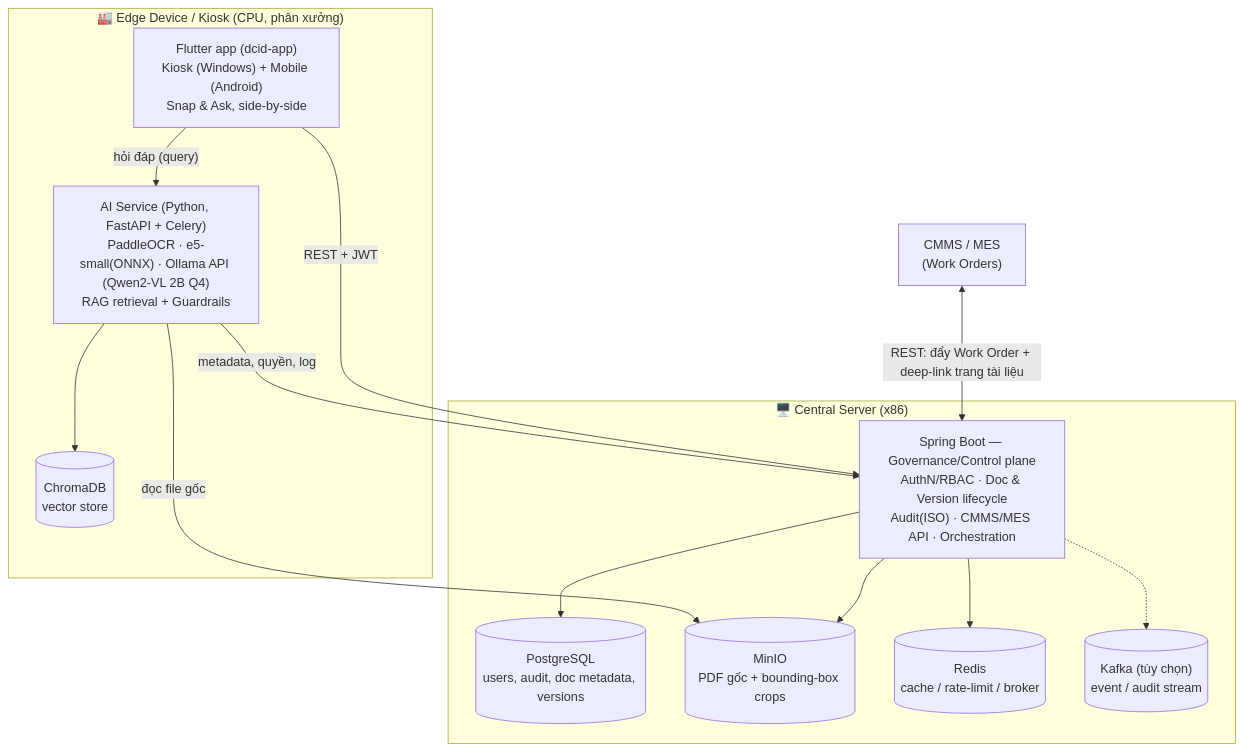
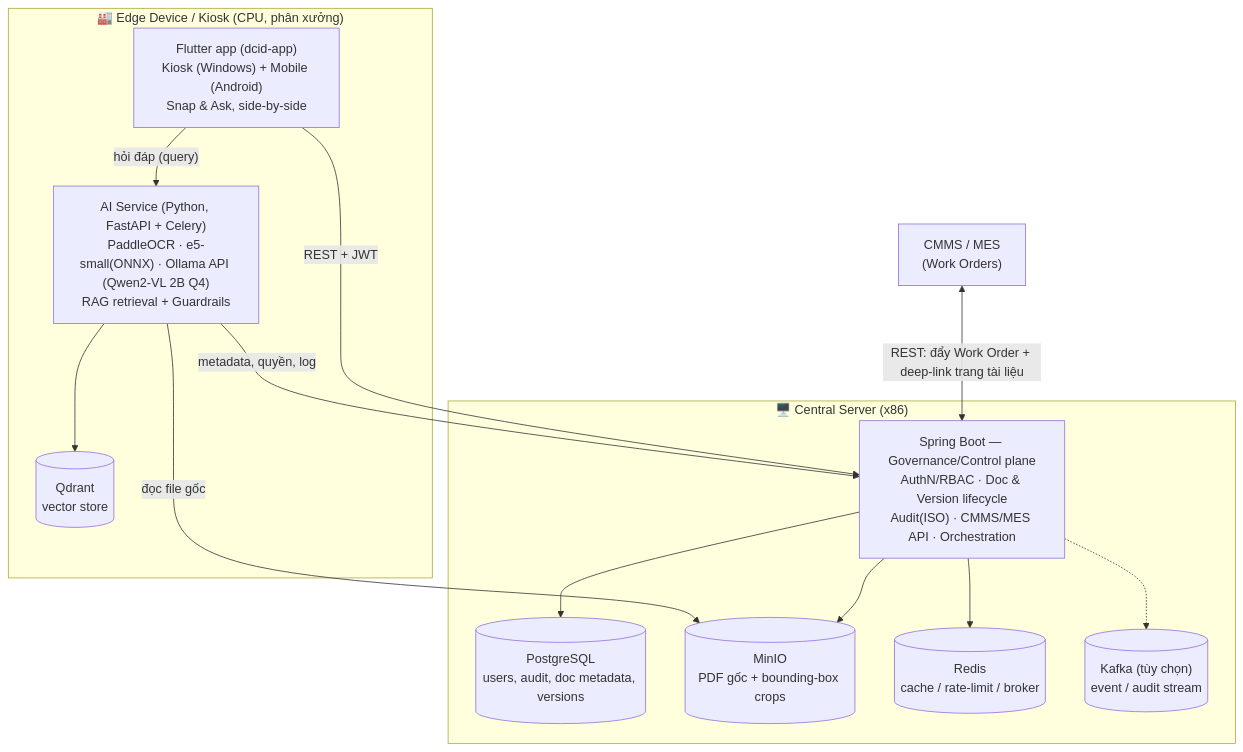
The first of 3 diagrams in docs/ARCHITECTURE.md (hacker-sama/dcid-web), drawn with Mermaid before and after one commit. The commit also changed other lines of this file and 40 other files, not shown here.

````diff
--- a/docs/ARCHITECTURE.md
+++ b/docs/ARCHITECTURE.md
@@ -28,29 +28,29 @@
 ```mermaid
 flowchart TB
     subgraph Edge["🏭 Edge Device / Kiosk (CPU, phân xưởng)"]
         UI["Flutter app (dcid-app)\nKiosk (Windows) + Mobile (Android)\nSnap & Ask, side-by-side"]
         AISVC["AI Service (Python, FastAPI + Celery)\nPaddleOCR · e5-small(ONNX) · Ollama API (Qwen2-VL 2B Q4)\nRAG retrieval + Guardrails"]
-        CHROMA[("ChromaDB\nvector store")]
+        QDRANT[("Qdrant\nvector store")]
     end
 
     subgraph Central["🖥️ Central Server (x86)"]
         BE["Spring Boot — Governance/Control plane\nAuthN/RBAC · Doc & Version lifecycle\nAudit(ISO) · CMMS/MES API · Orchestration"]
         PG[("PostgreSQL\nusers, audit, doc metadata, versions")]
         MINIO[("MinIO\nPDF gốc + bounding-box crops")]
         REDIS[("Redis\ncache / rate-limit / broker")]
         KAFKA[("Kafka (tùy chọn)\nevent / audit stream")]
     end
 
     CMMS["CMMS / MES\n(Work Orders)"]
 
     UI -->|"REST + JWT"| BE
     UI -->|"hỏi đáp (query)"| AISVC
     AISVC -->|"metadata, quyền, log"| BE
-    AISVC --> CHROMA
+    AISVC --> QDRANT
     BE --> PG
     BE --> MINIO
     BE --> REDIS
     BE -.-> KAFKA
     AISVC -->|"đọc file gốc"| MINIO
     CMMS <-->|"REST: đẩy Work Order + deep-link trang tài liệu"| BE
 ```
````
